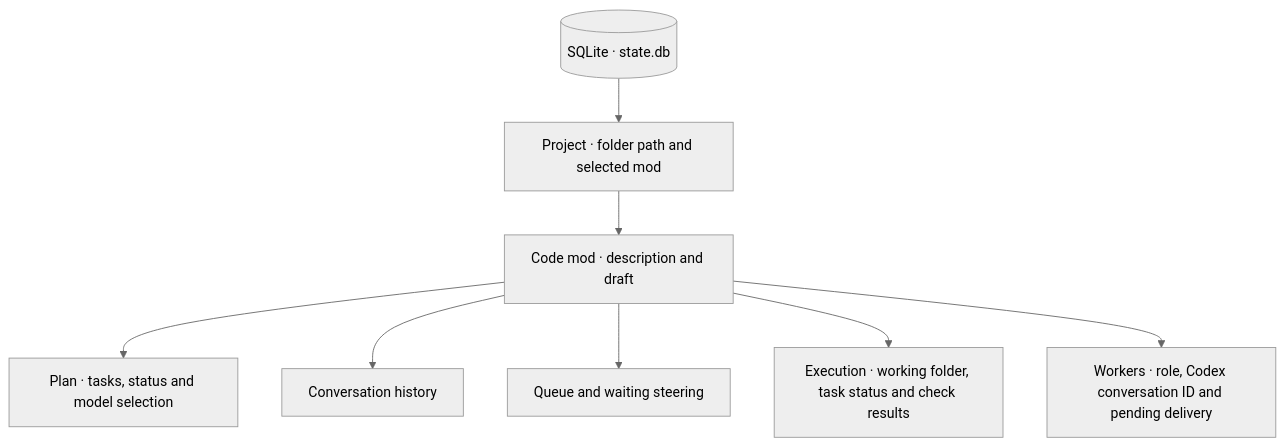
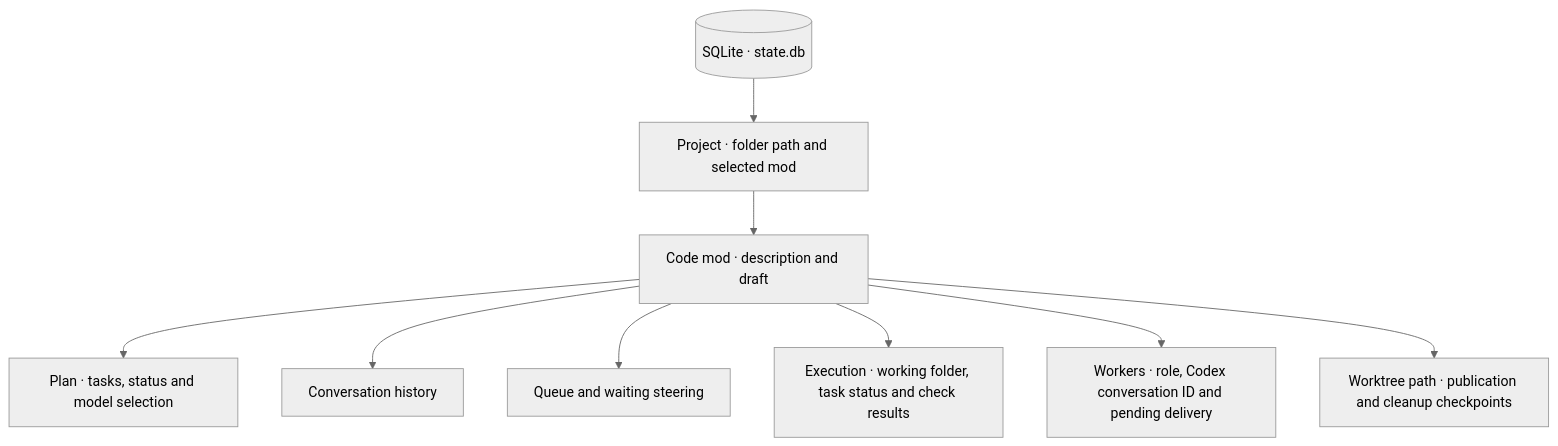
The diagram in docs/local-state.md (minimumeffort-dev/sprowt.harness), drawn with Mermaid (neutral theme) before and after one commit. The commit also changed other lines of this file and 14 other files, not shown here.

````diff
--- a/docs/local-state.md
+++ b/docs/local-state.md
@@ -5,10 +5,11 @@
 ```mermaid
 flowchart TB
     database[("SQLite · state.db")] --> project["Project · folder path and selected mod"]
     project --> mod["Code mod · description and draft"]
     mod --> plan["Plan · tasks, status and model selection"]
     mod --> messages["Conversation history"]
     mod --> pending["Queue and waiting steering"]
     mod --> execution["Execution · working folder, task status and check results"]
     mod --> workers["Workers · role, Codex conversation ID and pending delivery"]
+    mod --> git["Worktree path · publication and cleanup checkpoints"]
 ```
````
